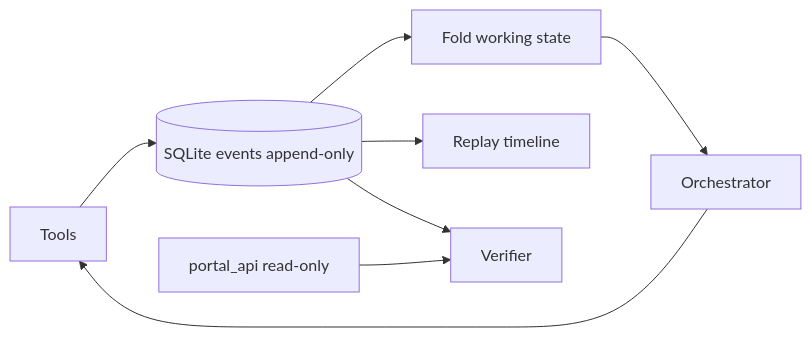
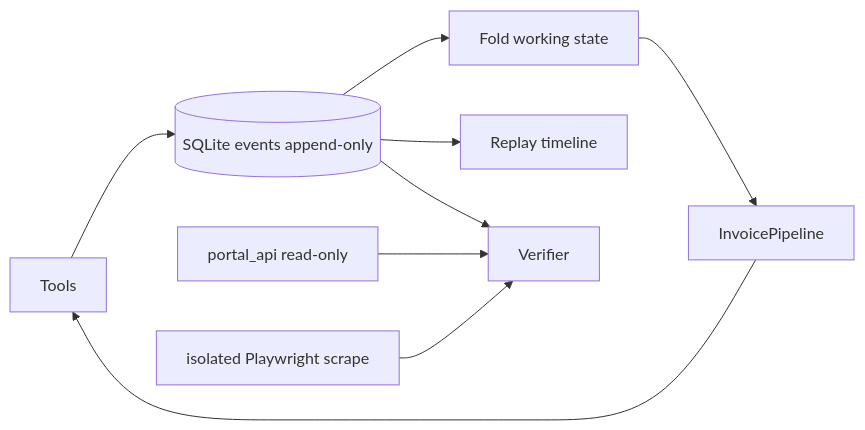
One commit to Strider1881/Arka changed the second of 3 diagrams in docs/ARCHITECTURE.md. Above: the diagram before and after it, drawn with Mermaid. The commit also changed other lines of this file and 32 other files, not shown here.

````diff
--- a/docs/ARCHITECTURE.md
+++ b/docs/ARCHITECTURE.md
@@ -29,10 +33,11 @@
 ```mermaid
 flowchart LR
   Tools --> Events[(SQLite events append-only)]
   Events --> Fold[Fold working state]
-  Fold --> Orchestrator
-  Orchestrator --> Tools
+  Fold --> Pipeline[InvoicePipeline]
+  Pipeline --> Tools
   Events --> Replay[Replay timeline]
   Events --> Verifier
   PortalAPI[portal_api read-only] --> Verifier
+  BrowserScrape[isolated Playwright scrape] --> Verifier
 ```
````
